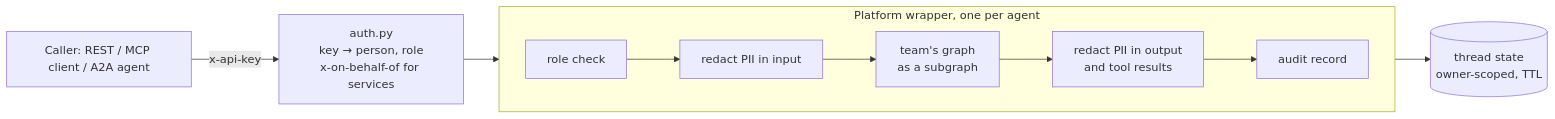
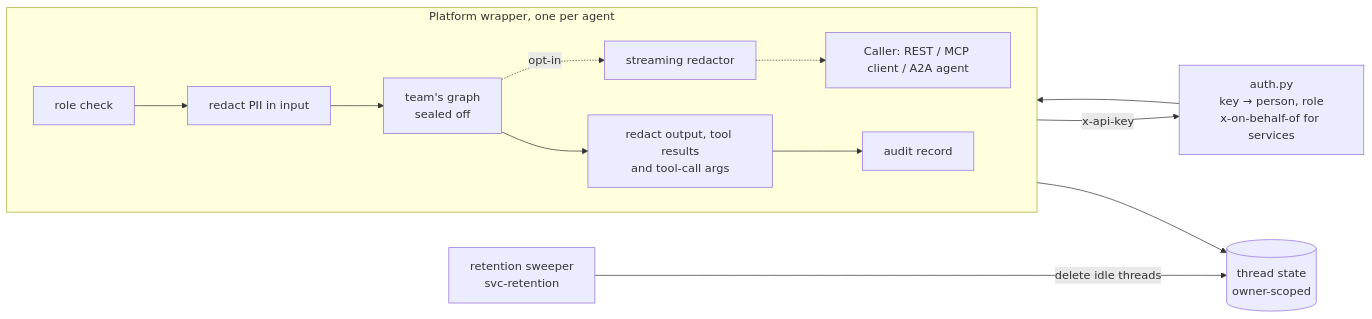
The diagram in README.md (siddartha018/agentdock), drawn with Mermaid before and after one commit. The commit also changed other lines of this file and 2 other files, not shown here.

````diff
--- a/README.md
+++ b/README.md
@@ -30,10 +32,12 @@
 ```mermaid
 flowchart LR
   C[Caller: REST / MCP client / A2A agent] -->|x-api-key| A[auth.py<br/>key → person, role<br/>x-on-behalf-of for services]
   A --> W
   subgraph W[Platform wrapper, one per agent]
     direction LR
-    G[role check] --> R1[redact PII in input] --> T[team's graph<br/>as a subgraph] --> R2[redact PII in output<br/>and tool results] --> L[audit record]
+    G[role check] --> R1[redact PII in input] --> T[team's graph<br/>sealed off] --> R2[redact output, tool results<br/>and tool-call args] --> L[audit record]
+    T -. opt-in .-> SR[streaming redactor] -.-> C
   end
-  W --> S[(thread state<br/>owner-scoped, TTL)]
+  W --> S[(thread state<br/>owner-scoped)]
+  RS[retention sweeper<br/>svc-retention] -->|delete idle threads| S
 ```
````
